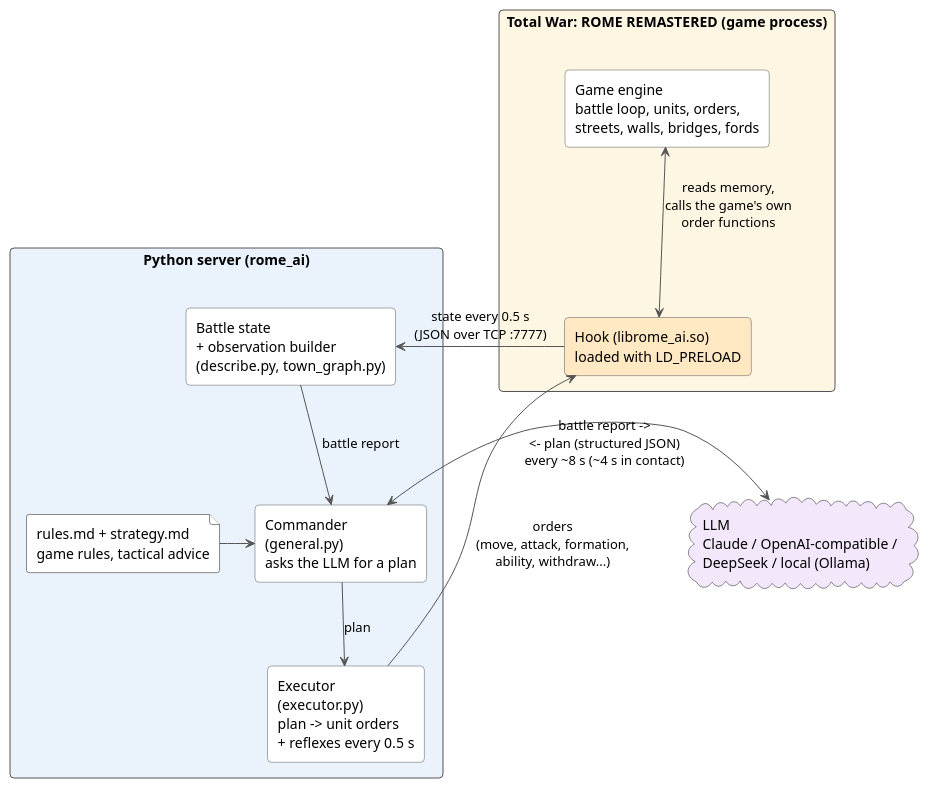
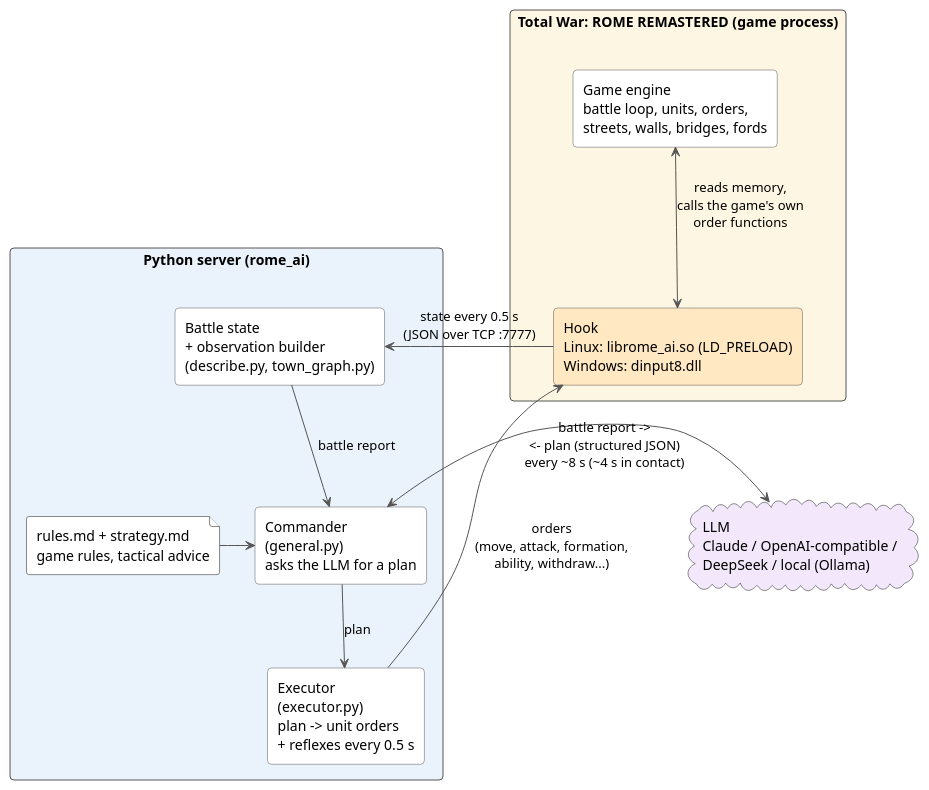
Before and after one commit to Cegli865/rome-battle-ai: the diagram in docs/diagrams/architecture.puml, drawn with PlantUML. The commit also changed 9 other files, not shown here.

```diff
--- a/docs/diagrams/architecture.puml
+++ b/docs/diagrams/architecture.puml
@@ -1,33 +1,33 @@
 @startuml architecture
 skinparam backgroundColor #FFFFFF
 skinparam defaultFontName Sans
 skinparam componentStyle rectangle
 skinparam shadowing false
 skinparam ArrowColor #555555
 skinparam rectangle {
   BorderColor #555555
   RoundCorner 8
 }
 
 rectangle "Total War: ROME REMASTERED (game process)" as game #FDF6E3 {
   rectangle "Game engine\nbattle loop, units, orders,\nstreets, walls, bridges, fords" as engine #FFFFFF
-  rectangle "Hook (librome_ai.so)\nloaded with LD_PRELOAD" as hook #FFE8C2
+  rectangle "Hook\nLinux: librome_ai.so (LD_PRELOAD)\nWindows: dinput8.dll" as hook #FFE8C2
 }
 
 rectangle "Python server (rome_ai)" as server #EAF2FB {
   rectangle "Battle state\n+ observation builder\n(describe.py, town_graph.py)" as obs #FFFFFF
   rectangle "Commander\n(general.py)\nasks the LLM for a plan" as general #FFFFFF
   rectangle "Executor\n(executor.py)\nplan -> unit orders\n+ reflexes every 0.5 s" as executor #FFFFFF
   file "rules.md + strategy.md\ngame rules, tactical advice" as rules #FFFFFF
 }
 
 cloud "LLM\nClaude / OpenAI-compatible /\nDeepSeek / local (Ollama)" as llm #F3E8FB
 
 engine <-down-> hook : "reads memory,\ncalls the game's own\norder functions"
 hook -right-> obs : "state every 0.5 s\n(JSON over TCP :7777)"
 obs -down-> general : "battle report"
 rules -right-> general
 general <-right-> llm : "battle report ->\n<- plan (structured JSON)\nevery ~8 s (~4 s in contact)"
 general -down-> executor : "plan"
 executor -left-> hook : "orders\n(move, attack, formation,\nability, withdraw...)"
 @enduml
```
